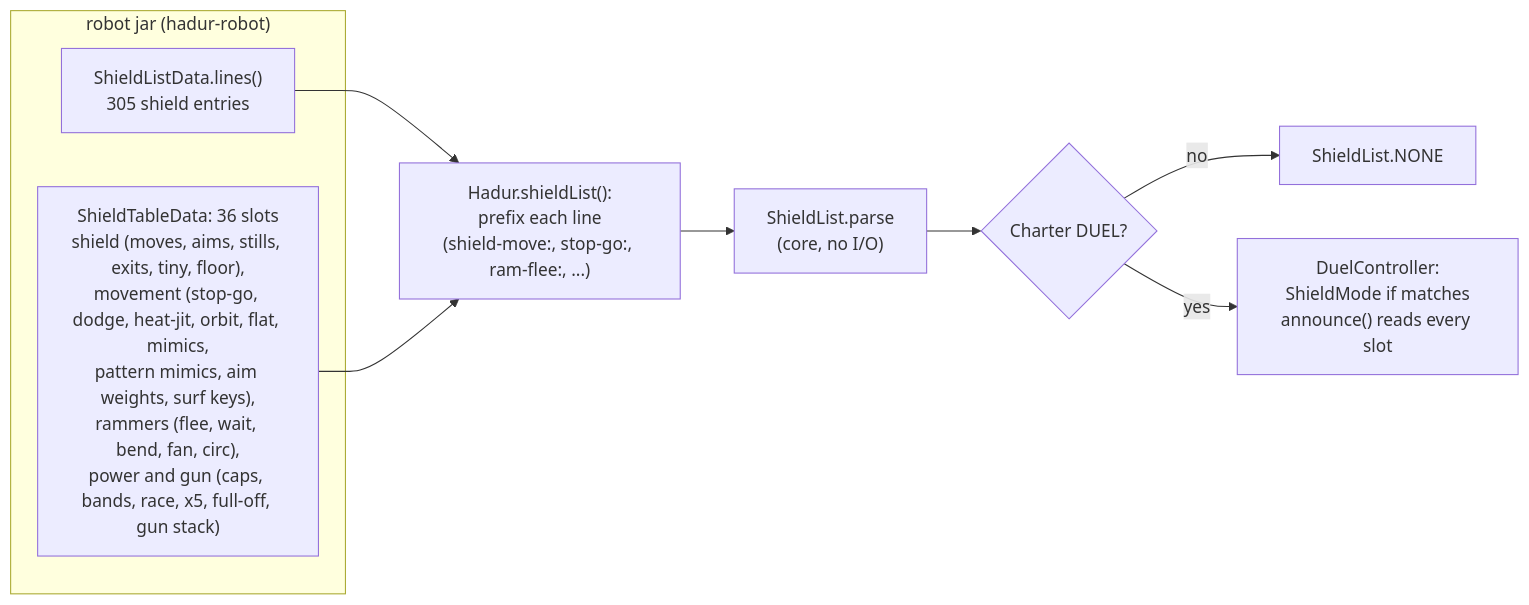
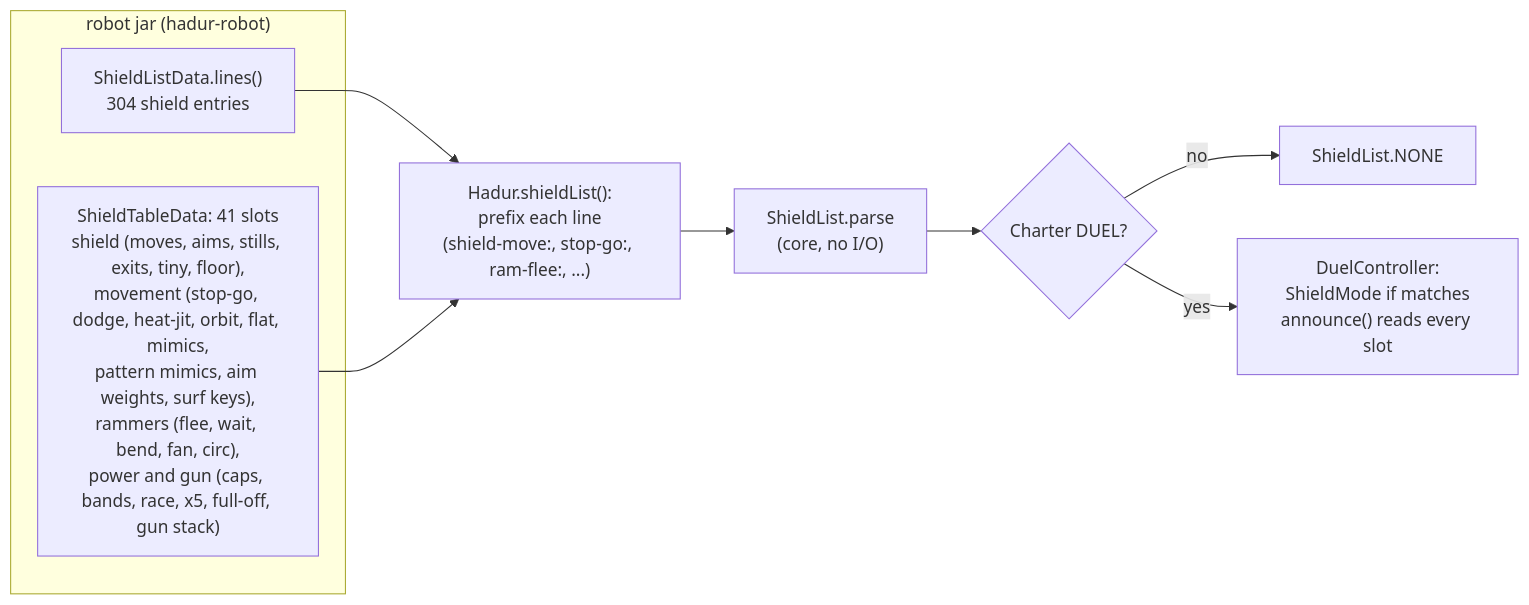
One commit to lgriffin/Hadur_Robot changed diagram 17 of 25 in docs/architecture-c4.md. Above: the diagram before and after it, drawn with Mermaid. The commit also changed other lines of this file, not shown here.

First line of the commit message:
c4: table inventory matches the shipped arrays (41 slots, 973 + 304 lines)

````diff
--- a/docs/architecture-c4.md
+++ b/docs/architecture-c4.md
@@ -723,13 +723,13 @@
 ```mermaid
 flowchart LR
   subgraph jar["robot jar (hadur-robot)"]
-    SL["ShieldListData.lines()<br/>305 shield entries"]
-    ST["ShieldTableData: 36 slots<br/>shield (moves, aims, stills, exits, tiny, floor),<br/>movement (stop-go, dodge, heat-jit, orbit, flat, mimics,<br/>pattern mimics, aim weights, surf keys),<br/>rammers (flee, wait, bend, fan, circ),<br/>power and gun (caps, bands, race, x5, full-off, gun stack)"]
+    SL["ShieldListData.lines()<br/>304 shield entries"]
+    ST["ShieldTableData: 41 slots<br/>shield (moves, aims, stills, exits, tiny, floor),<br/>movement (stop-go, dodge, heat-jit, orbit, flat, mimics,<br/>pattern mimics, aim weights, surf keys),<br/>rammers (flee, wait, bend, fan, circ),<br/>power and gun (caps, bands, race, x5, full-off, gun stack)"]
   end
   SL --> P["Hadur.shieldList():<br/>prefix each line<br/>(shield-move:, stop-go:, ram-flee:, ...)"]
   ST --> P
   P --> Q["ShieldList.parse<br/>(core, no I/O)"]
   Q --> C{"Charter DUEL?"}
   C -- no --> N["ShieldList.NONE"]
   C -- yes --> D["DuelController:<br/>ShieldMode if matches<br/>announce() reads every slot"]
 ```
````
